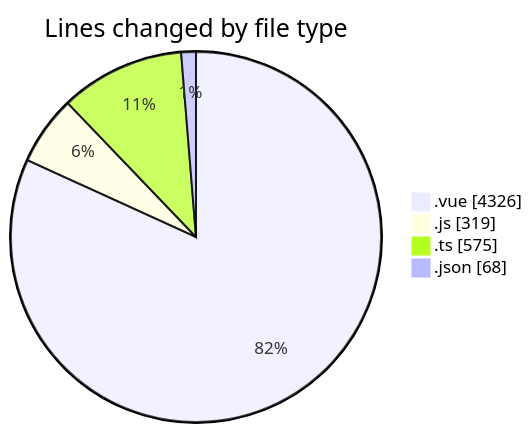
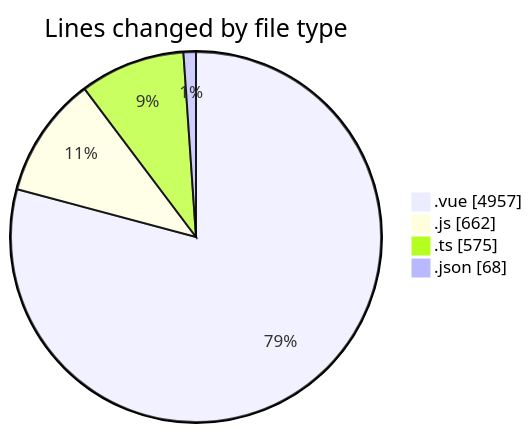
One commit to lephambinh05/code-tracking changed the first of 2 diagrams in 2025-08-12/rentotp/README.md. Above: the diagram before and after it, drawn with Mermaid. The commit also changed other lines of this file and 1 other file, not shown here.

````diff
--- a/2025-08-12/rentotp/README.md
+++ b/2025-08-12/rentotp/README.md
@@ -36,8 +36,8 @@
 ```mermaid
 pie showData
 title Lines changed by file type
-".vue" : 4326
-".js" : 319
+".vue" : 4957
+".js" : 662
 ".ts" : 575
 ".json" : 68
 ```
````
